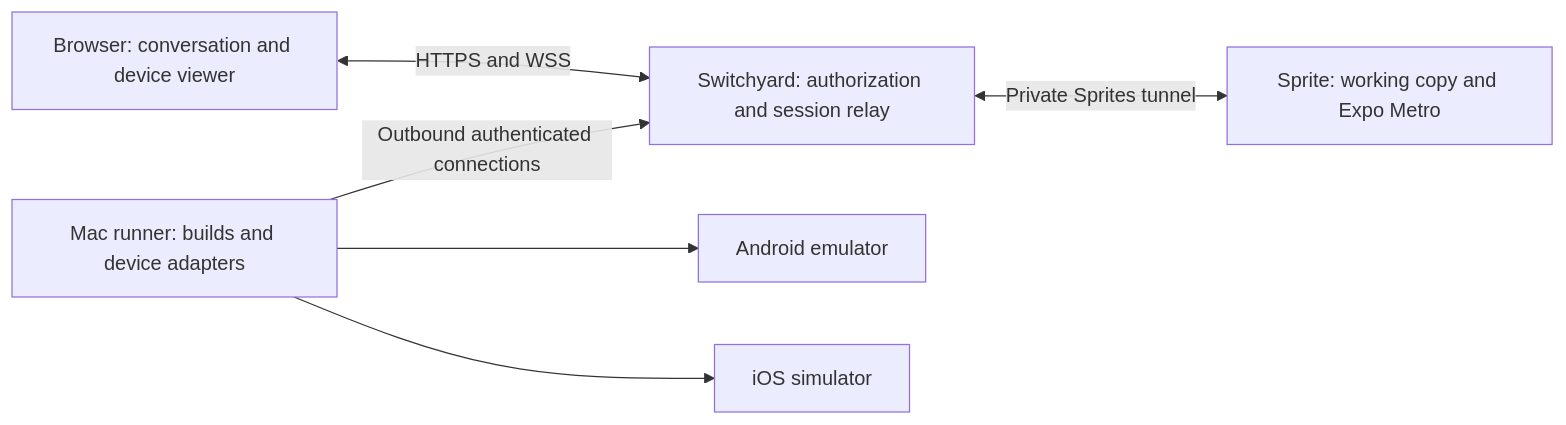
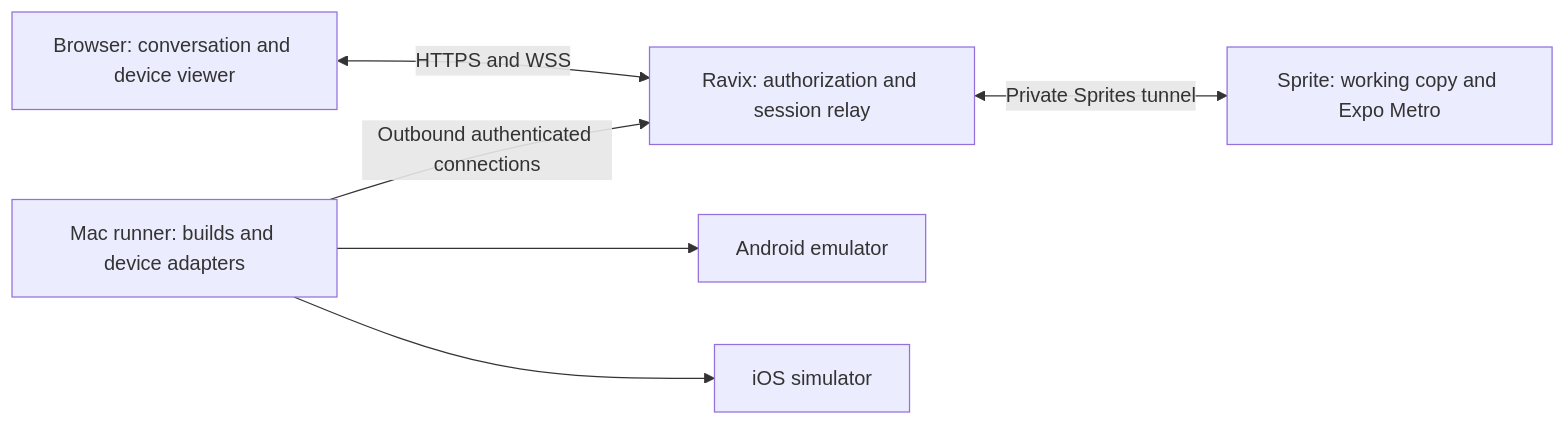
Before and after one commit to ravix-hq/ravix: the diagram in docs/native-preview-runners-brief.md, drawn with Mermaid. The commit also changed other lines of this file and 129 other files, not shown here.

First line of the commit message:
Rebrand Switchyard as Ravix and stand it up as its own repository

````diff
--- a/docs/native-preview-runners-brief.md
+++ b/docs/native-preview-runners-brief.md
@@ -54,8 +54,8 @@
 ```mermaid
 flowchart LR
-  B[Browser: conversation and device viewer] <-->|HTTPS and WSS| S[Switchyard: authorization and session relay]
+  B[Browser: conversation and device viewer] <-->|HTTPS and WSS| S[Ravix: authorization and session relay]
   S <-->|Private Sprites tunnel| P[Sprite: working copy and Expo Metro]
   R[Mac runner: builds and device adapters] -->|Outbound authenticated connections| S
   R --> A[Android emulator]
   R --> I[iOS simulator]
 ```
````
